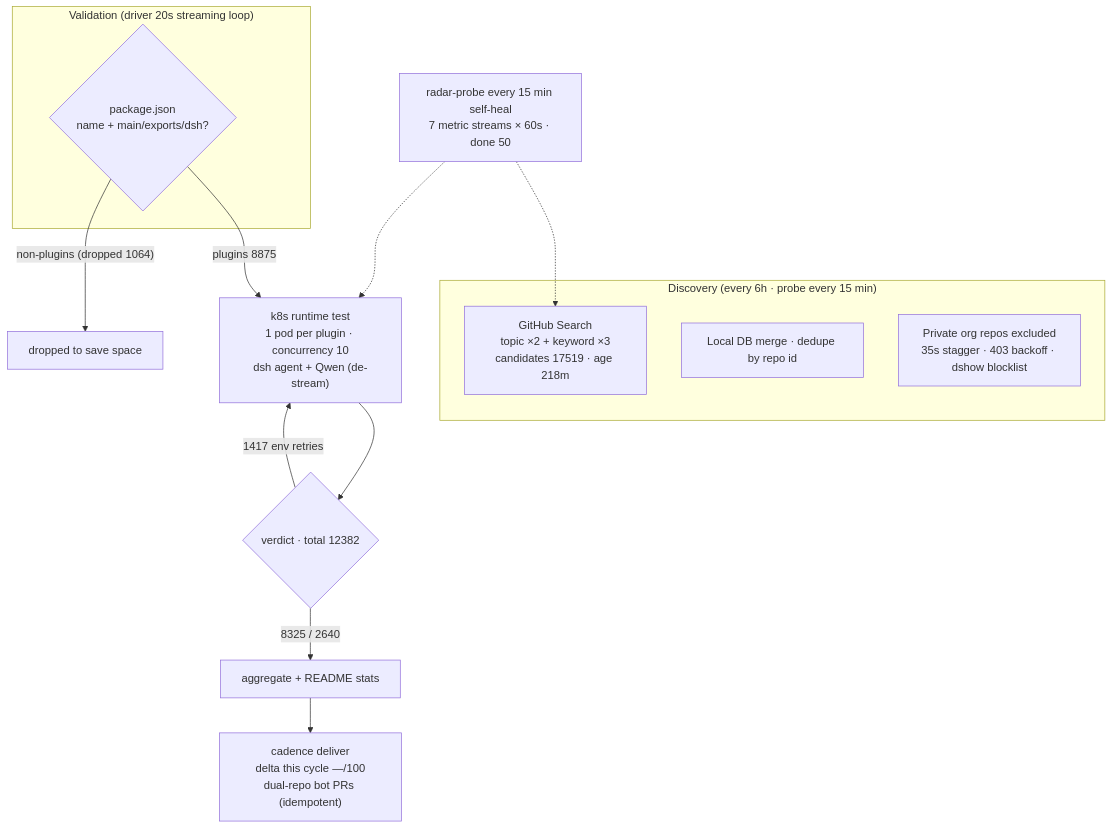
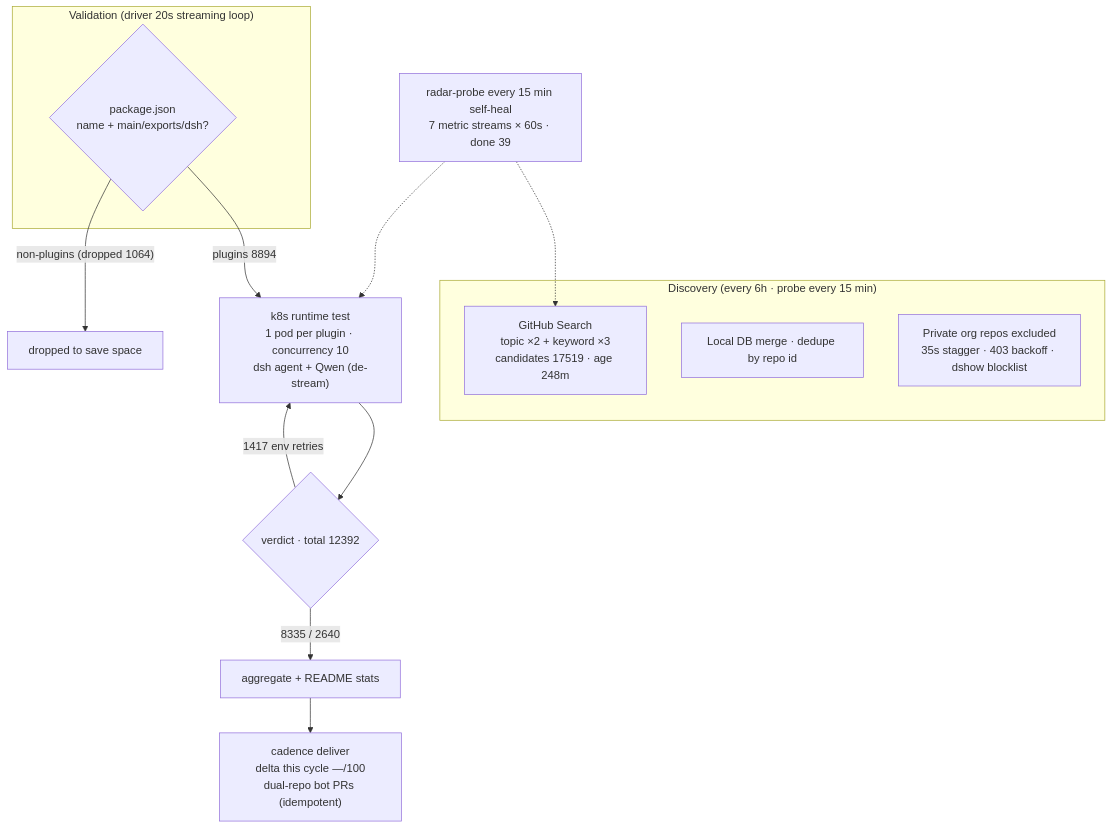
One commit to AdamPlatin123/awesome-dsh-plugins changed the diagram in README.en-US.md. Above: the diagram before and after it, drawn with Mermaid. The commit also changed other lines of this file and 5 other files, not shown here.

````diff
--- a/README.en-US.md
+++ b/README.en-US.md
@@ -45,20 +45,20 @@
 ```mermaid
 flowchart TB
     subgraph Discovery["Discovery (every 6h · probe every 15 min)"]
-        A1["GitHub Search<br/>topic ×2 + keyword ×3<br/>candidates 17519 · age 218m"]
+        A1["GitHub Search<br/>topic ×2 + keyword ×3<br/>candidates 17519 · age 248m"]
         A2["Local DB merge · dedupe by repo id"]
         A3["Private org repos excluded<br/>35s stagger · 403 backoff · dshow blocklist"]
     end
     subgraph Validation["Validation (driver 20s streaming loop)"]
         B1{"package.json<br/>name + main/exports/dsh?"}
     end
-    B1 -->|"plugins 8875"| C1["k8s runtime test<br/>1 pod per plugin · concurrency 10<br/>dsh agent + Qwen (de-stream)"]
+    B1 -->|"plugins 8894"| C1["k8s runtime test<br/>1 pod per plugin · concurrency 10<br/>dsh agent + Qwen (de-stream)"]
     B1 -->|"non-plugins (dropped 1064)"| B3["dropped to save space"]
-    C1 --> D1{"verdict · total 12382"}
-    D1 -->|"8325 / 2640"| E1["aggregate + README stats"]
+    C1 --> D1{"verdict · total 12392"}
+    D1 -->|"8335 / 2640"| E1["aggregate + README stats"]
     D1 -->|"1417 env retries"| C1
     E1 --> E2["cadence deliver<br/>delta this cycle —/100<br/>dual-repo bot PRs (idempotent)"]
-    M["radar-probe every 15 min self-heal<br/>7 metric streams × 60s · done 50"]
+    M["radar-probe every 15 min self-heal<br/>7 metric streams × 60s · done 39"]
     M -.-> A1
     M -.-> C1
 ```
````
